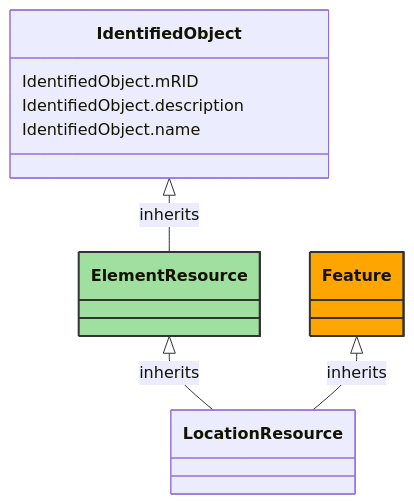
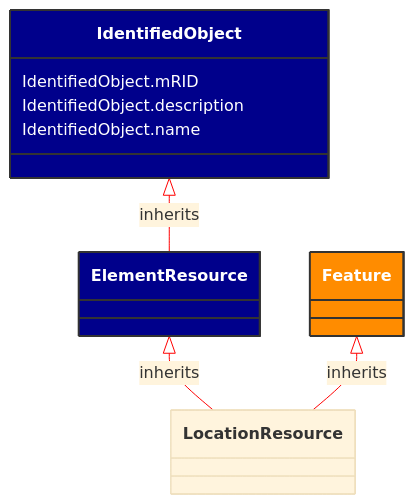
The diagram in docs/Models/Profiles/AviationObstacle/AbstractClasses/ElementResource.md (3lbits/NoCIMExtensions), drawn with Mermaid before and after one commit. The commit also changed 58 other files, not shown here.

````diff
--- a/docs/Models/Profiles/AviationObstacle/AbstractClasses/ElementResource.md
+++ b/docs/Models/Profiles/AviationObstacle/AbstractClasses/ElementResource.md
@@ -10,28 +10,29 @@
 ```mermaid
+%%{init: {'theme':'base','themeVariables': {'lineColor': '#FF0000'}}}%%
 classDiagram
     class ElementResource
     click ElementResource href "/Models/Profiles/AviationObstacle/AbstractClasses/ElementResource/"
-    style ElementResource fill:#9fdf9f,stroke:#333,stroke-width:2px,rx:10,ry:10
+    style ElementResource fill:#006400,stroke:#333,stroke-width:2px,rx:10,ry:10,color:white
 
         ElementResource <|-- LocationResource : inherits
             click ElementResource href "/Models/Profiles/AviationObstacle/AbstractClasses/ElementResource/"
-            style ElementResource rx:10,ry:10
+            style ElementResource fill:#00008B,stroke:#333,stroke-width:2px,rx:10,ry:10,color:white
 
         LocationResource
             click LocationResource href "/Models/Profiles/AviationObstacle/AbstractClasses/LocationResource/"
-            style LocationResource rx:10,ry:10
+            style ElementResource fill:#00008B,stroke:#333,stroke-width:2px,rx:10,ry:10,color:white
 
         IdentifiedObject <|-- ElementResource : inherits
             click IdentifiedObject href "/Models/Profiles/AviationObstacle/AbstractClasses/IdentifiedObject/"
-            style IdentifiedObject rx:10,ry:10
+            style IdentifiedObject fill:#00008B,stroke:#333,stroke-width:2px,rx:10,ry:10,color:white
 
         Feature <|-- LocationResource : inherits
             click Feature href "/Models/Profiles/AviationObstacle/ConcreteClasses/Feature/"
-            style Feature fill:#FFA500,stroke:#333,stroke-width:2px,rx:10,ry:10
+            style Feature fill:#FF8C00,stroke:#333,stroke-width:2px,rx:10,ry:10,color:white
 
 
 
         IdentifiedObject : IdentifiedObject.mRID
         IdentifiedObject : IdentifiedObject.description
         IdentifiedObject : IdentifiedObject.name
 ```
````
